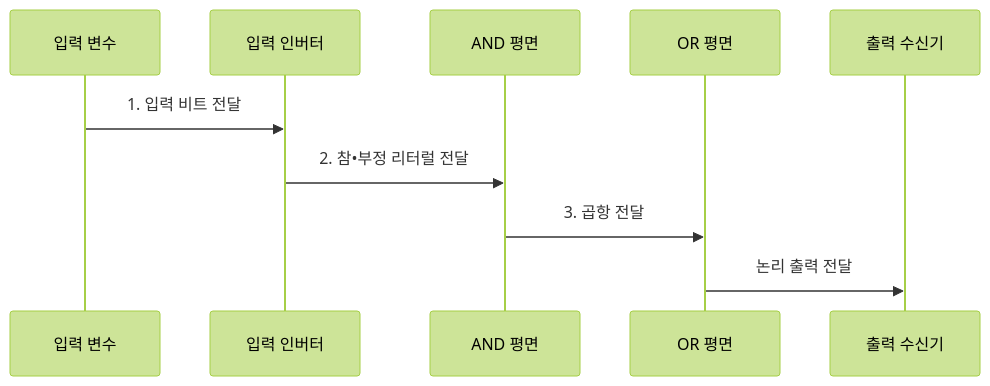
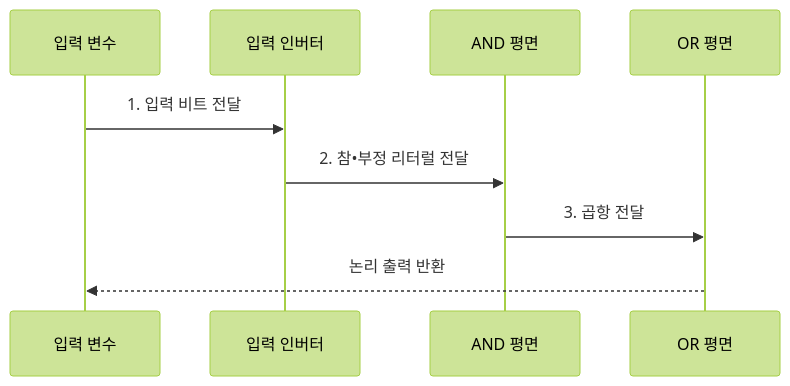
One commit to agnusdei1207/knowledge-base changed the second of 2 diagrams in src/content/docs/notes/01-basic-theory/025_logic_gates_boolean.md. Above: the diagram before and after it, drawn with Mermaid (forest theme). The commit also changed 3 other files, not shown here.

Commit message:
Trim nonessential flow endpoints

````diff
--- a/src/content/docs/notes/01-basic-theory/025_logic_gates_boolean.md
+++ b/src/content/docs/notes/01-basic-theory/025_logic_gates_boolean.md
@@ -94,12 +94,11 @@
 ```mermaid
 sequenceDiagram
     participant V as 입력 변수
     participant I as 입력 인버터
     participant A as AND 평면
     participant O as OR 평면
-    participant Y as 출력 수신기
     V->>I: 1. 입력 비트 전달
     I->>A: 2. 참•부정 리터럴 전달
     A->>O: 3. 곱항 전달
-    O->>Y: 논리 출력 전달
+    O-->>V: 논리 출력 반환
 ```
````
